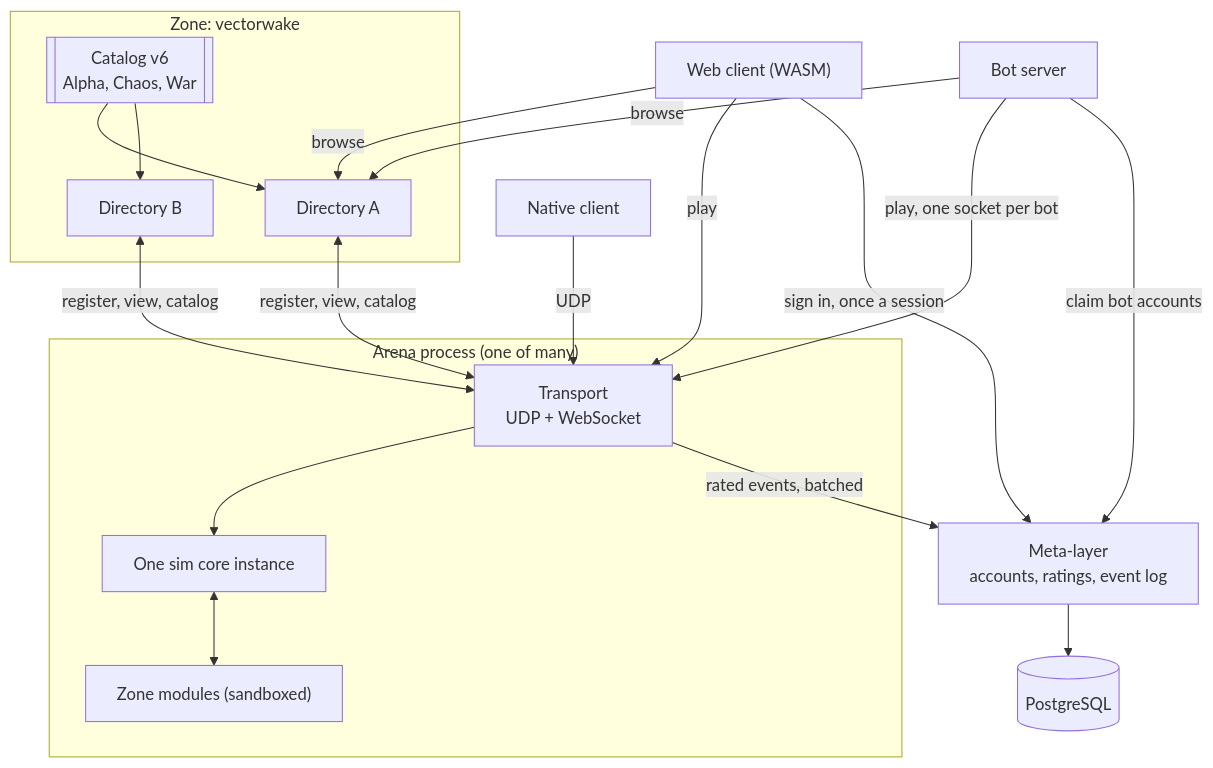
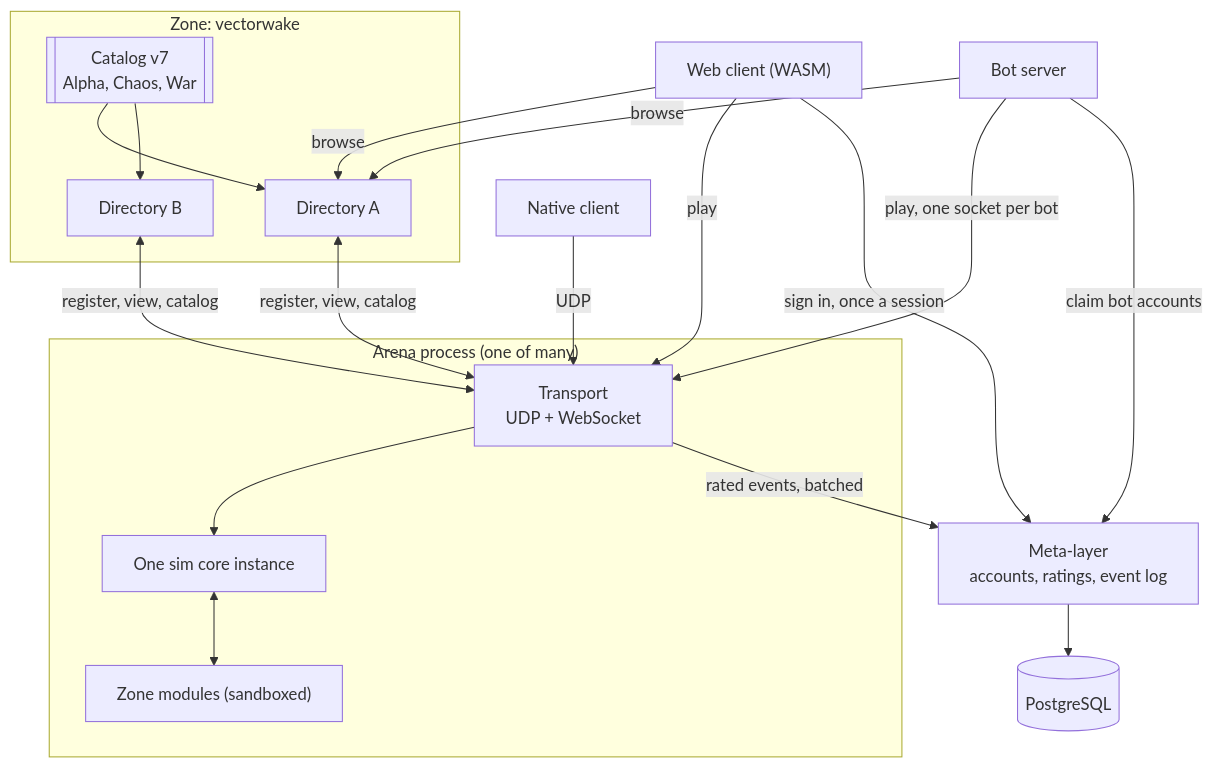
One commit to criccomini/vectorwake changed the second of 2 diagrams in docs/architecture/system-overview.md. Above: the diagram before and after it, drawn with Mermaid. The commit also changed 7 other files, not shown here.

First line of the commit message:
Alpha gets Chaos's room, Chaos gets its settings file, and every zone gets eight hulls

````diff
--- a/docs/architecture/system-overview.md
+++ b/docs/architecture/system-overview.md
@@ -89,29 +89,29 @@
 ```mermaid
 flowchart TB
     subgraph Zone["Zone: vectorwake"]
-        CAT[["Catalog v6<br/>Alpha, Chaos, War"]]
+        CAT[["Catalog v7<br/>Alpha, Chaos, War"]]
         D1["Directory A"]
         D2["Directory B"]
         CAT --> D1 & D2
     end
     subgraph Arena["Arena process (one of many)"]
         NET["Transport<br/>UDP + WebSocket"]
         SIM["One sim core instance"]
         MOD["Zone modules (sandboxed)"]
         NET --> SIM
         SIM <--> MOD
     end
     D1 <-- "register, view, catalog" --> NET
     D2 <-- "register, view, catalog" --> NET
     M["Meta-layer<br/>accounts, ratings, event log"]
     PG[("PostgreSQL")]
     M --> PG
     W["Web client (WASM)"] -- browse --> D1
     W -- play --> NET
     W -- "sign in, once a session" --> M
     N["Native client"] -- UDP --> NET
     B["Bot server"] -- browse --> D1
     B -- "play, one socket per bot" --> NET
     B -- "claim bot accounts" --> M
     NET -- "rated events, batched" --> M
 ```
````
